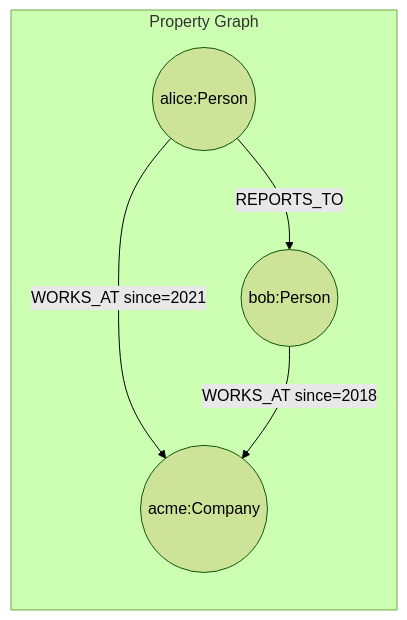
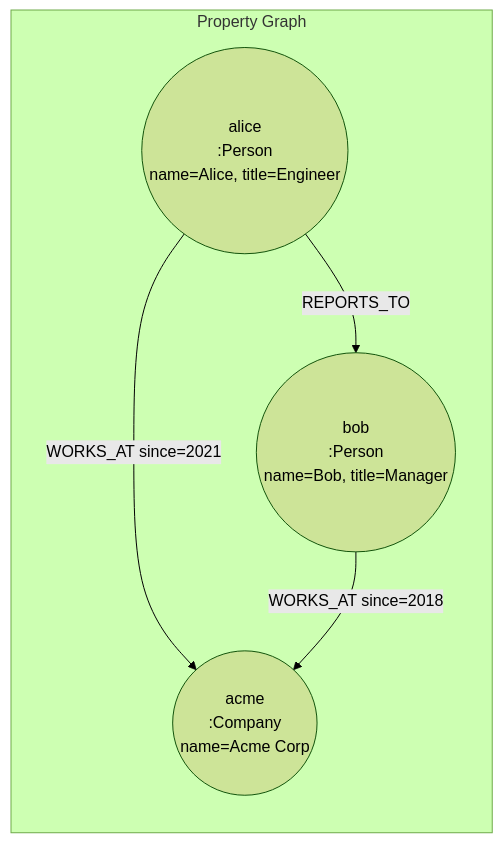
The first of 3 diagrams in src/43_neo4j_basics/README.md (xergioalex/agent-lab), drawn with Mermaid (forest theme) before and after one commit. The commit also changed other lines of this file and 64 other files, not shown here.

First line of the commit message:
docs(docs): premium Mermaid diagram pass on all 64 module READMEs

````diff
--- a/src/43_neo4j_basics/README.md
+++ b/src/43_neo4j_basics/README.md
@@ -52,8 +54,11 @@
 ```mermaid
-graph LR
-    subgraph "Property Graph"
-        alice((alice:Person)) -->|WORKS_AT since=2021| acme((acme:Company))
-        bob((bob:Person)) -->|WORKS_AT since=2018| acme
-        alice -->|REPORTS_TO| bob
+flowchart LR
+    subgraph PropertyGraph["Property Graph"]
+        alice(("alice<br/>:Person<br/>name=Alice, title=Engineer"))
+        bob(("bob<br/>:Person<br/>name=Bob, title=Manager"))
+        acme(("acme<br/>:Company<br/>name=Acme Corp"))
+        alice -->|"WORKS_AT since=2021"| acme
+        bob -->|"WORKS_AT since=2018"| acme
+        alice -->|"REPORTS_TO"| bob
     end
 ```
````
